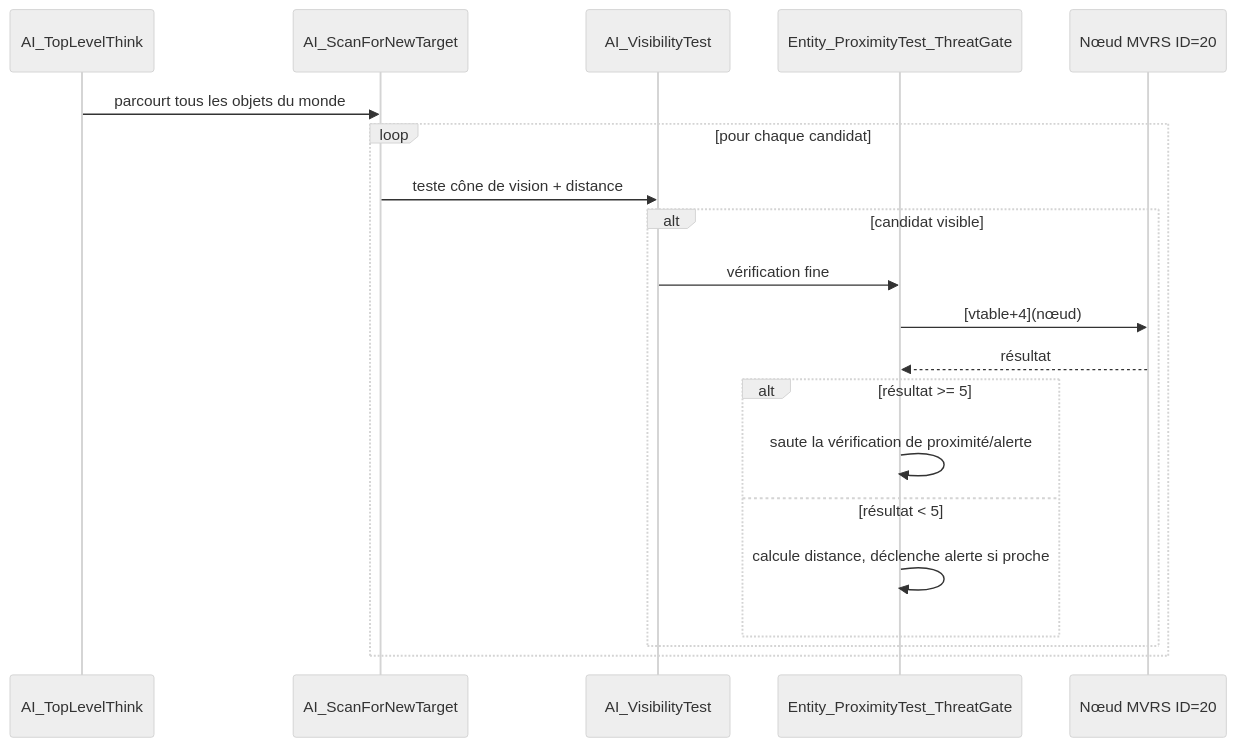
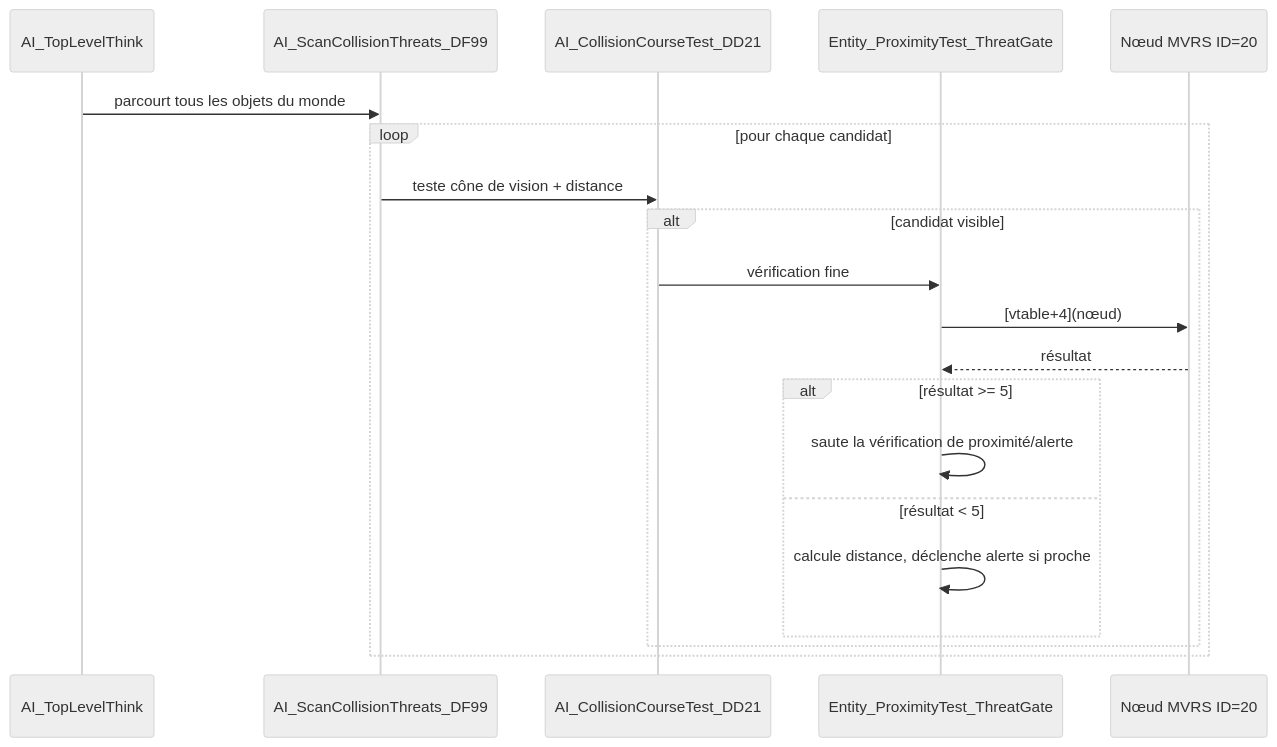
Before and after one commit to remileonard/strike_commander_re: the sixth of 13 diagrams in analysis/AI_SYSTEM.md, drawn with Mermaid (neutral theme). The commit also changed other lines of this file and 73 other files, not shown here.

````diff
--- a/analysis/AI_SYSTEM.md
+++ b/analysis/AI_SYSTEM.md
@@ -489,23 +489,23 @@
 ```mermaid
 sequenceDiagram
     participant Tick as AI_TopLevelThink
-    participant Scan as AI_ScanForNewTarget
-    participant Vis as AI_VisibilityTest
+    participant Scan as AI_ScanCollisionThreats_DF99
+    participant Vis as AI_CollisionCourseTest_DD21
     participant Prox as Entity_ProximityTest_ThreatGate
     participant Node as Nœud MVRS ID=20
 
     Tick->>Scan: parcourt tous les objets du monde
     loop pour chaque candidat
         Scan->>Vis: teste cône de vision + distance
         alt candidat visible
             Vis->>Prox: vérification fine
             Prox->>Node: [vtable+4](nœud)
             Node-->>Prox: résultat
             alt résultat >= 5
                 Prox->>Prox: saute la vérification de proximité/alerte
             else résultat < 5
                 Prox->>Prox: calcule distance, déclenche alerte si proche
             end
         end
     end
 ```
````
